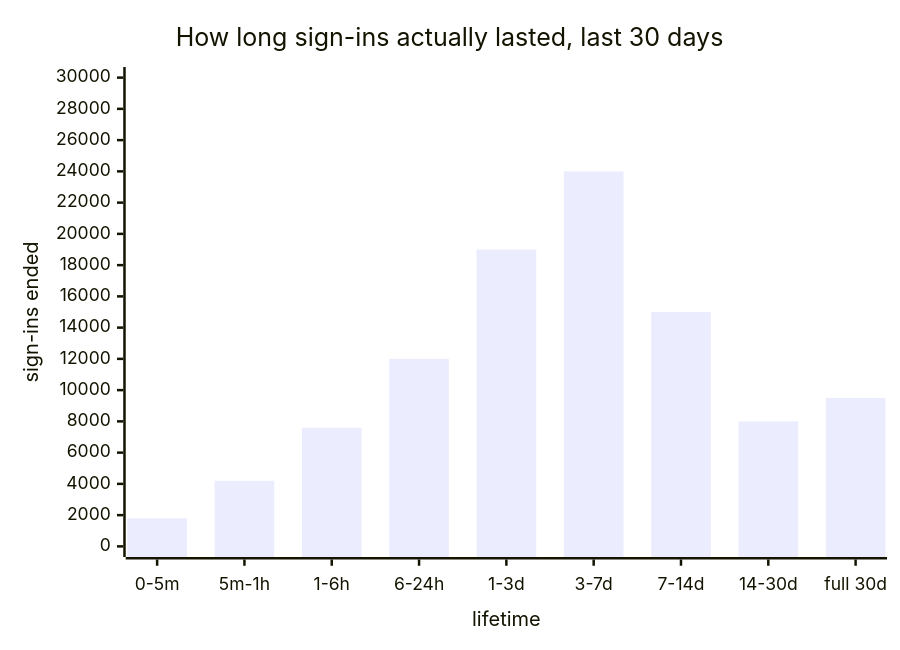
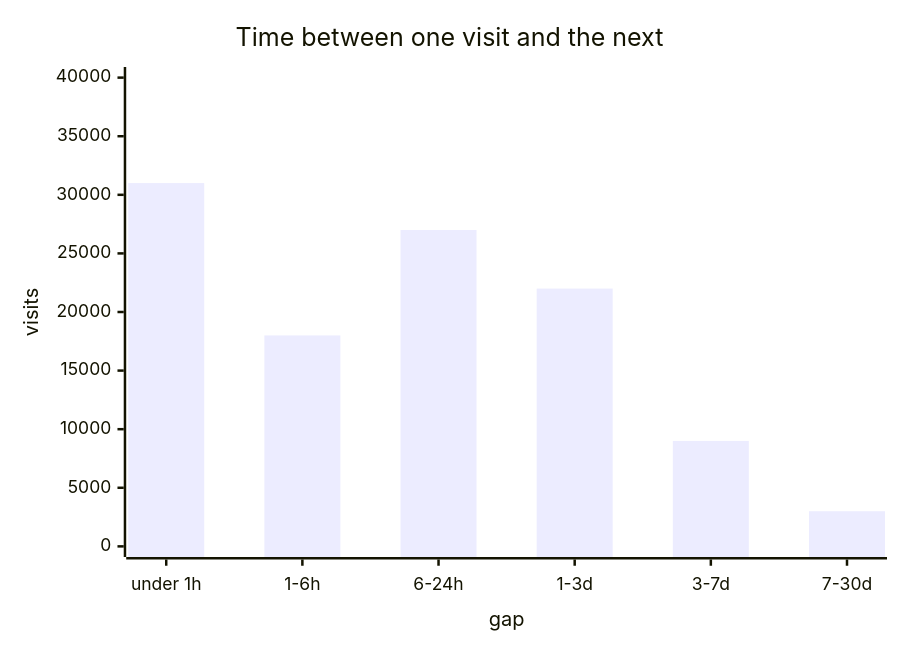
Before and after one commit to dfinity/internet-identity: diagram 15 of 33 in docs/ongoing/metrics.md, drawn with Mermaid. The commit also changed other lines of this file and 7 other files, not shown here.

````diff
--- a/docs/ongoing/metrics.md
+++ b/docs/ongoing/metrics.md
@@ -363,7 +454,7 @@
 ```mermaid
 xychart-beta
-  title "How long sign-ins actually lasted, last 30 days"
-  x-axis "lifetime" ["0-5m", "5m-1h", "1-6h", "6-24h", "1-3d", "3-7d", "7-14d", "14-30d", "full 30d"]
-  y-axis "sign-ins ended" 0 --> 30000
-  bar [1800, 4200, 7600, 12000, 19000, 24000, 15000, 8000, 9500]
+  title "Time between one visit and the next"
+  x-axis "gap" ["under 1h", "1-6h", "6-24h", "1-3d", "3-7d", "7-30d"]
+  y-axis "visits" 0 --> 40000
+  bar [31000, 18000, 27000, 22000, 9000, 3000]
 ```
````
